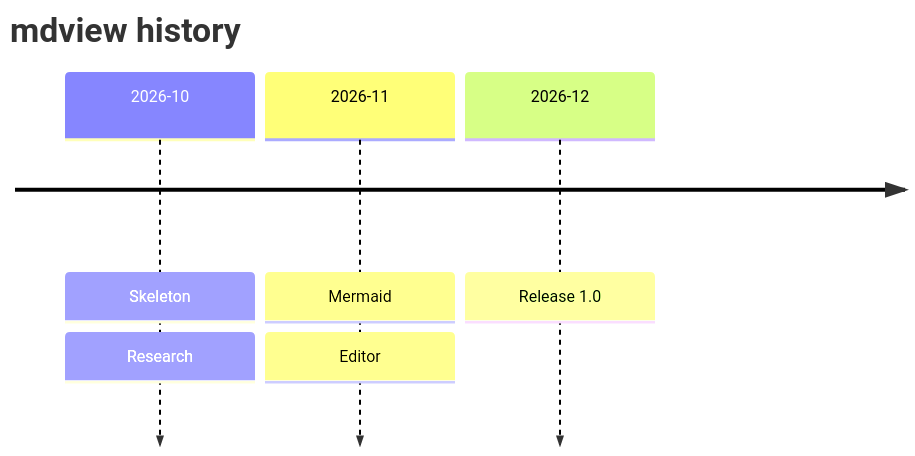
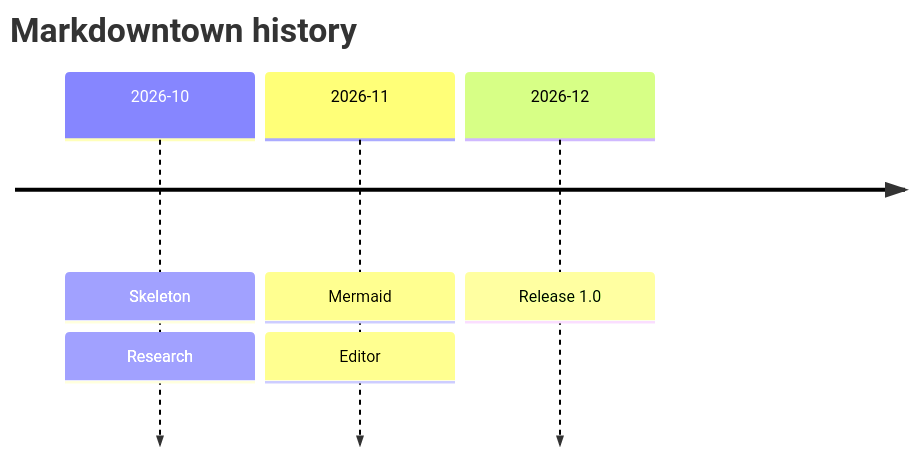
Before and after one commit to luna-park/Markdowntown: the ninth of 12 diagrams in examples/mermaid.md, drawn with Mermaid. The commit also changed other lines of this file and 15 other files, not shown here.

First line of the commit message:
Rename to Markdowntown; dark palette, diagram viewer, render cancellation

````diff
--- a/examples/mermaid.md
+++ b/examples/mermaid.md
@@ -133,7 +133,7 @@
 ```mermaid
 timeline
-    title mdview history
+    title Markdowntown history
     2026-10 : Skeleton : Research
     2026-11 : Mermaid : Editor
     2026-12 : Release 1.0
 ```
````
